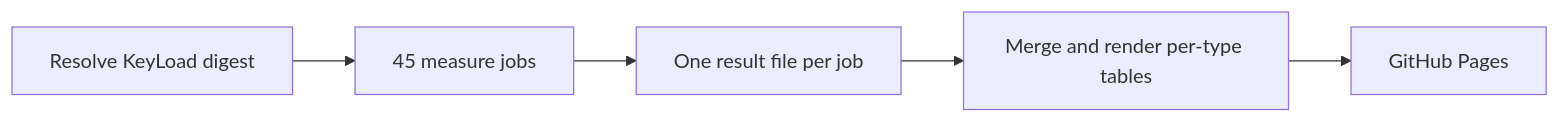
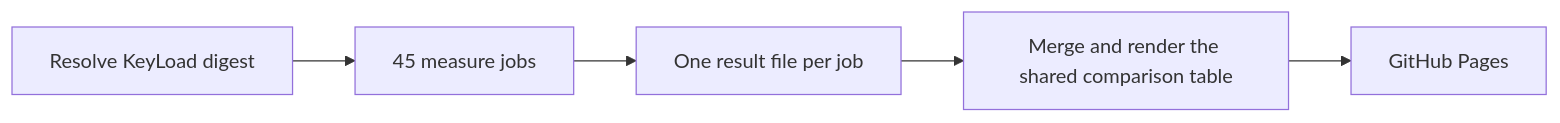
Before and after one commit to managedcode/KeyLoad: the diagram in docs/ADR/ADR-150-per-type-benchmark-jobs.md, drawn with Mermaid. The commit also changed other lines of this file and 14 other files, not shown here.

````diff
--- a/docs/ADR/ADR-150-per-type-benchmark-jobs.md
+++ b/docs/ADR/ADR-150-per-type-benchmark-jobs.md
@@ -55,7 +55,7 @@
 ```mermaid
 flowchart LR
     Image[Resolve KeyLoad digest] --> Measure[45 measure jobs]
     Measure --> Files[One result file per job]
-    Files --> Website[Merge and render per-type tables]
+    Files --> Website[Merge and render the shared comparison table]
     Website --> Pages[GitHub Pages]
 ```
````
